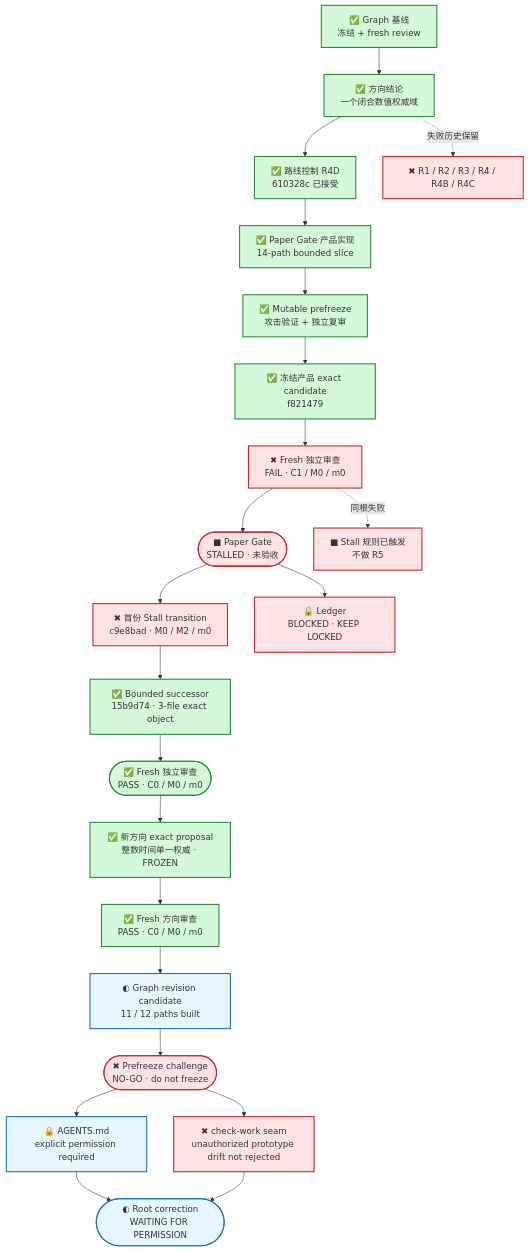
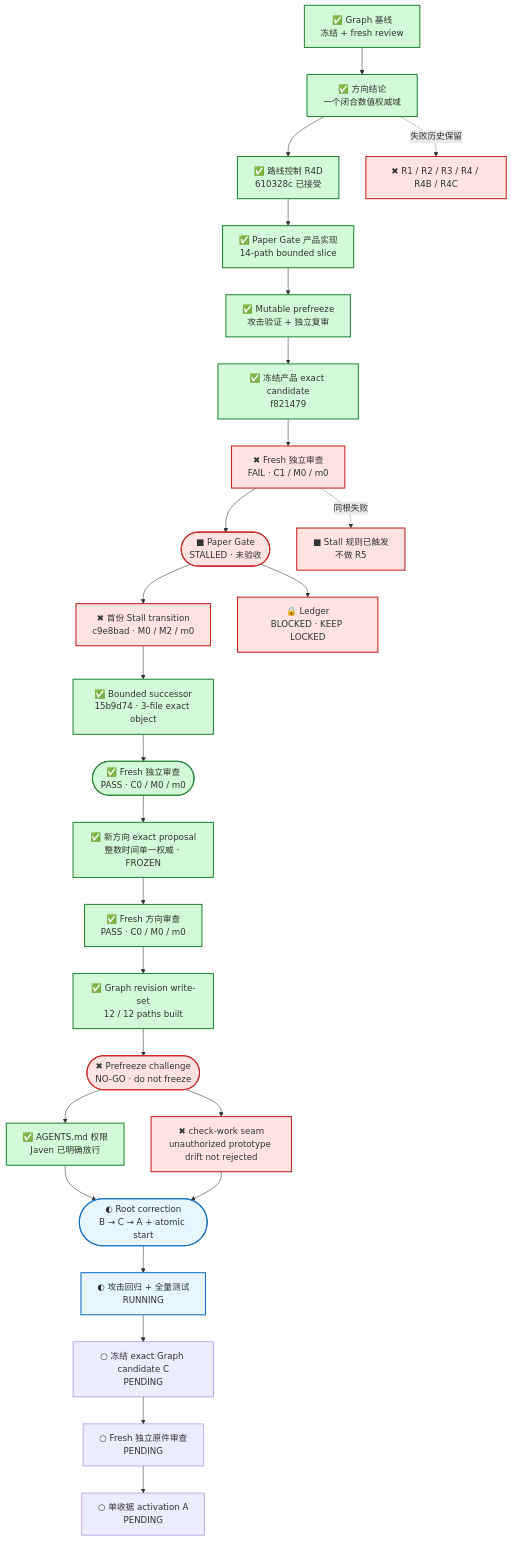
The first of 2 diagrams in MyBrain/automation/reports/investment-discipline-system/CURRENT_PROGRESS.md (j-a-v-e-n/knowledge-vault), drawn with Mermaid before and after one commit. The commit also changed other lines of this file and 1 other file, not shown here.

````diff
--- a/MyBrain/automation/reports/investment-discipline-system/CURRENT_PROGRESS.md
+++ b/MyBrain/automation/reports/investment-discipline-system/CURRENT_PROGRESS.md
@@ -7,33 +7,38 @@
 ```mermaid
 flowchart TB
     G["✅ Graph 基线<br/>冻结 + fresh review"] --> D["✅ 方向结论<br/>一个闭合数值权威域"]
     D --> R["✅ 路线控制 R4D<br/>610328c 已接受"]
     R --> S["✅ Paper Gate 产品实现<br/>14-path bounded slice"]
     S --> P["✅ Mutable prefreeze<br/>攻击验证 + 独立复审"]
     P --> K["✅ 冻结产品 exact candidate<br/>f821479"]
     K --> W["✖ Fresh 独立审查<br/>FAIL · C1 / M0 / m0"]
     W --> A(["■ Paper Gate<br/>STALLED · 未验收"])
     A --> C9["✖ 首份 Stall transition<br/>c9e8bad · M0 / M2 / m0"]
     C9 --> N["✅ Bounded successor<br/>15b9d74 · 3-file exact object"]
     N --> Q(["✅ Fresh 独立审查<br/>PASS · C0 / M0 / m0"])
     Q --> DP["✅ 新方向 exact proposal<br/>整数时间单一权威 · FROZEN"]
     DP --> DR["✅ Fresh 方向审查<br/>PASS · C0 / M0 / m0"]
-    DR --> GR["◐ Graph revision candidate<br/>11 / 12 paths built"]
+    DR --> GR["✅ Graph revision write-set<br/>12 / 12 paths built"]
     GR --> PF(["✖ Prefreeze challenge<br/>NO-GO · do not freeze"])
-    PF --> B1["🔒 AGENTS.md<br/>explicit permission required"]
+    PF --> B1["✅ AGENTS.md 权限<br/>Javen 已明确放行"]
     PF --> B2["✖ check-work seam<br/>unauthorized prototype drift not rejected"]
-    B1 --> FIX(["◐ Root correction<br/>WAITING FOR PERMISSION"])
+    B1 --> FIX(["◐ Root correction<br/>B → C → A + atomic start"])
     B2 --> FIX
+    FIX --> T["◐ 攻击回归 + 全量测试<br/>RUNNING"]
+    T --> FC["○ 冻结 exact Graph candidate C<br/>PENDING"]
+    FC --> FR["○ Fresh 独立原件审查<br/>PENDING"]
+    FR --> AC["○ 单收据 activation A<br/>PENDING"]
     A --> L["🔒 Ledger<br/>BLOCKED · KEEP LOCKED"]
 
     D -. "失败历史保留" .-> F["✖ R1 / R2 / R3 / R4 / R4B / R4C"]
     W -. "同根失败" .-> H["■ Stall 规则已触发<br/>不做 R5"]
 
     classDef done fill:#d3f9d8,stroke:#2b8a3e,stroke-width:2px;
     classDef failed fill:#ffe3e3,stroke:#c92a2a,stroke-width:2px;
     classDef running fill:#e7f5ff,stroke:#1971c2,stroke-width:2px;
     class G,D,R,S,P,K done;
-    class N,Q,DP,DR done;
+    class N,Q,DP,DR,GR,B1 done;
     class W,A,C9,F,H,L,PF,B2 failed;
-    class GR,B1,FIX running;
+    class FIX,T running;
+    class FC,FR,AC pending;
 ```
````
